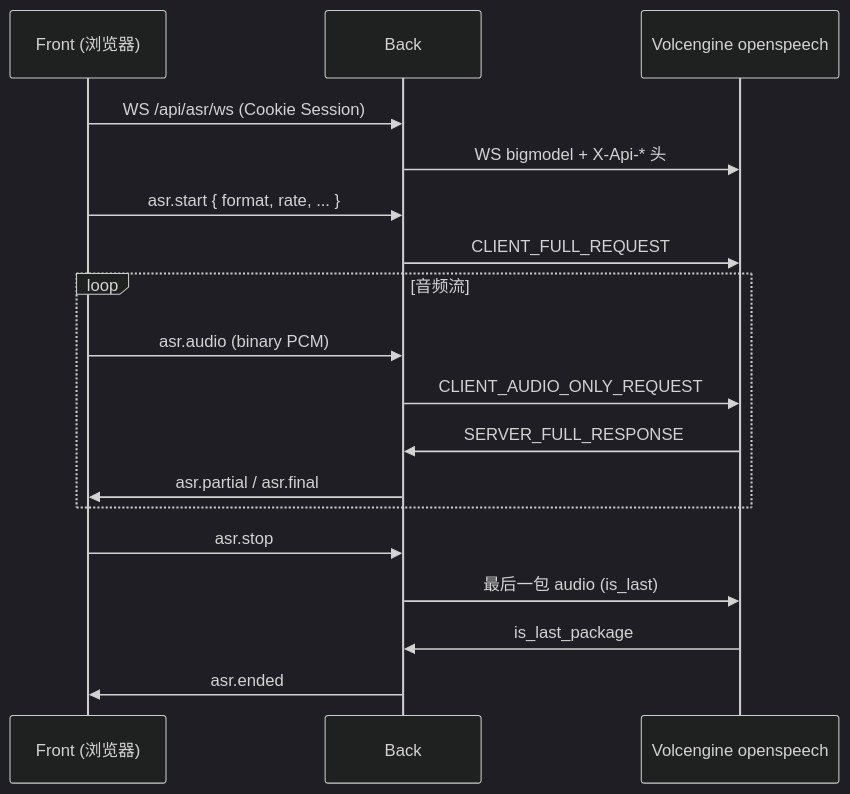
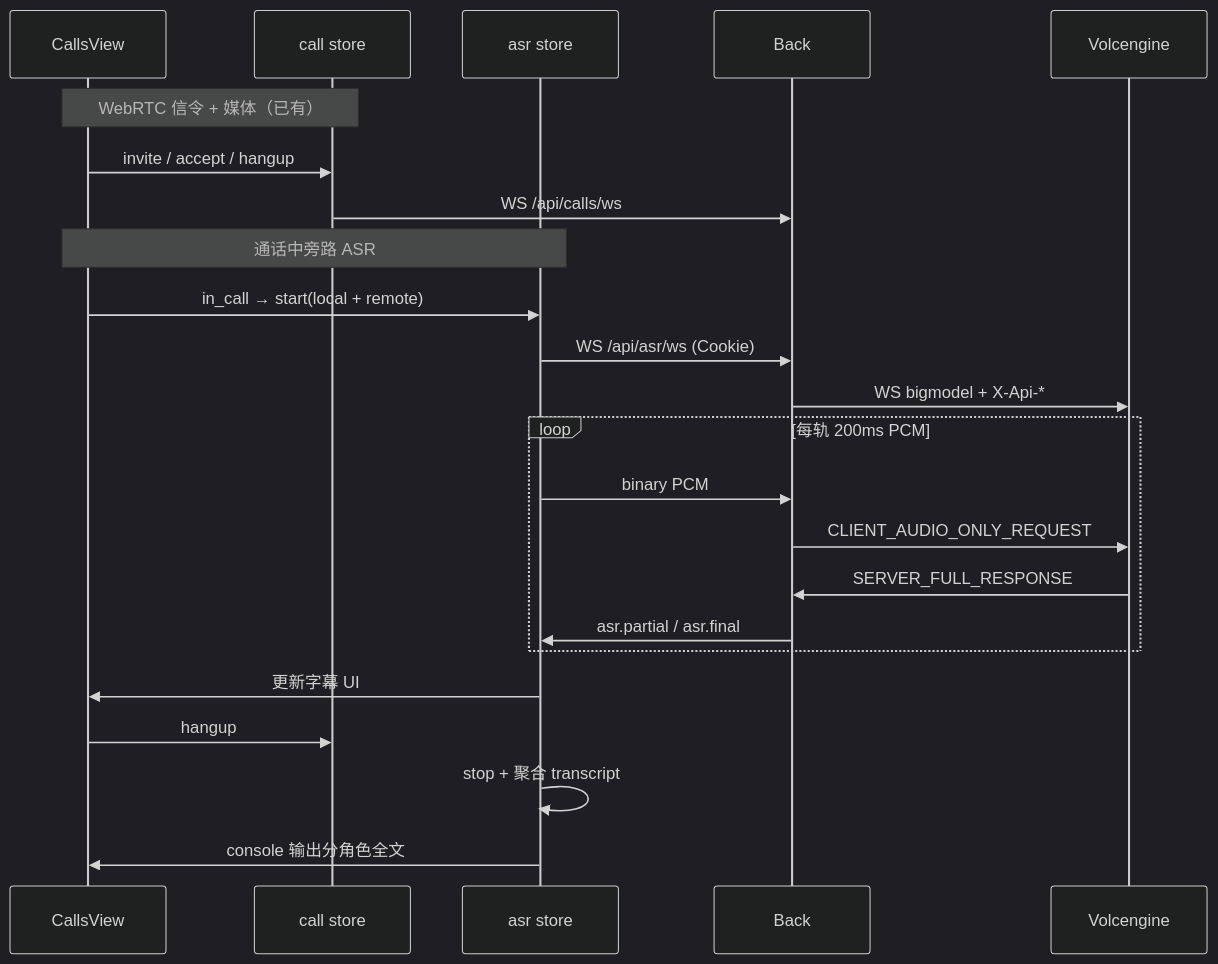
The diagram in docs/prd/volcengine-streaming-asr.md (lrxCn/commonAgent), drawn with Mermaid (dark theme) before and after one commit. The commit also changed other lines of this file and 5 other files, not shown here.

````diff
--- a/docs/prd/volcengine-streaming-asr.md
+++ b/docs/prd/volcengine-streaming-asr.md
@@ -114,21 +189,27 @@
 ```mermaid
 sequenceDiagram
-  participant F as Front (浏览器)
+  participant CV as CallsView
+  participant CS as call store
+  participant AS as asr store
   participant B as Back
-  participant V as Volcengine openspeech
+  participant V as Volcengine
 
-  F->>B: WS /api/asr/ws (Cookie Session)
-  B->>V: WS bigmodel + X-Api-* 头
-  F->>B: asr.start { format, rate, ... }
-  B->>V: CLIENT_FULL_REQUEST
-  loop 音频流
-    F->>B: asr.audio (binary PCM)
+  Note over CV,CS: WebRTC 信令 + 媒体（已有）
+  CV->>CS: invite / accept / hangup
+  CS->>B: WS /api/calls/ws
+
+  Note over CV,AS: 通话中旁路 ASR
+  CV->>AS: in_call → start(local + remote)
+  AS->>B: WS /api/asr/ws (Cookie)
+  B->>V: WS bigmodel + X-Api-*
+  loop 每轨 200ms PCM
+    AS->>B: binary PCM
     B->>V: CLIENT_AUDIO_ONLY_REQUEST
     V->>B: SERVER_FULL_RESPONSE
-    B->>F: asr.partial / asr.final
+    B->>AS: asr.partial / asr.final
   end
-  F->>B: asr.stop
-  B->>V: 最后一包 audio (is_last)
-  V->>B: is_last_package
-  B->>F: asr.ended
+  AS->>CV: 更新字幕 UI
+  CV->>CS: hangup
+  AS->>AS: stop + 聚合 transcript
+  AS->>CV: console 输出分角色全文
 ```
````
